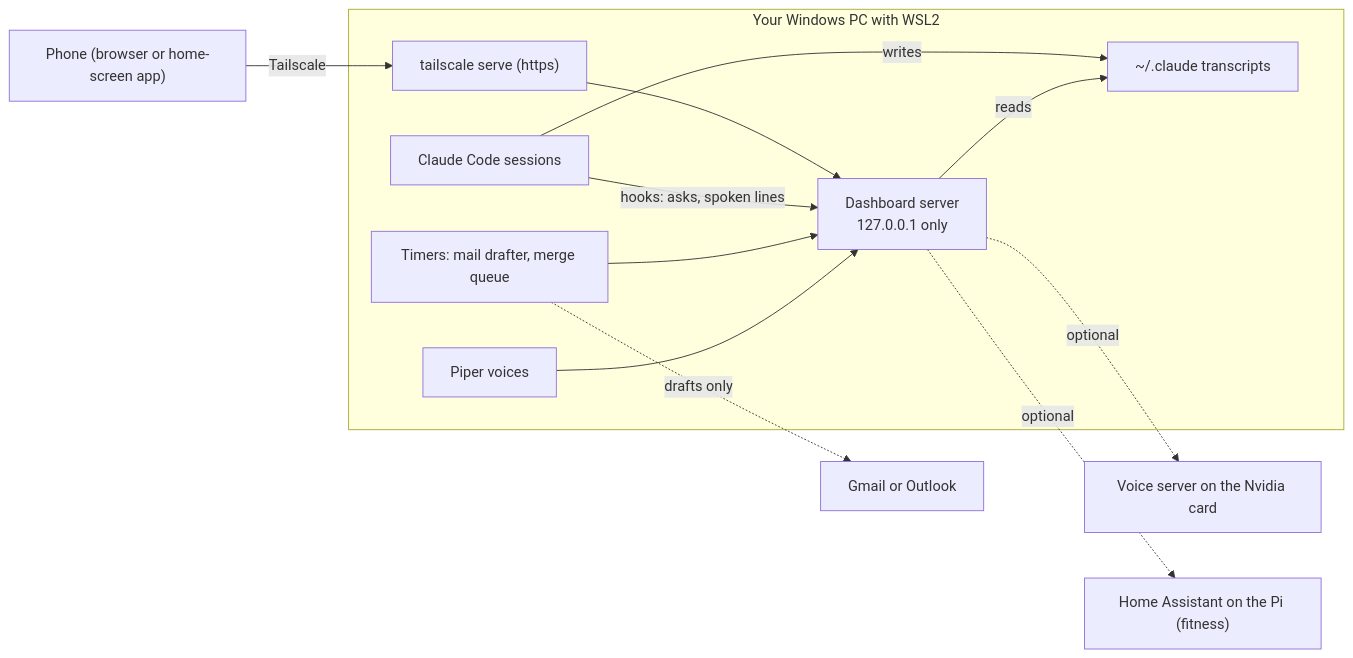
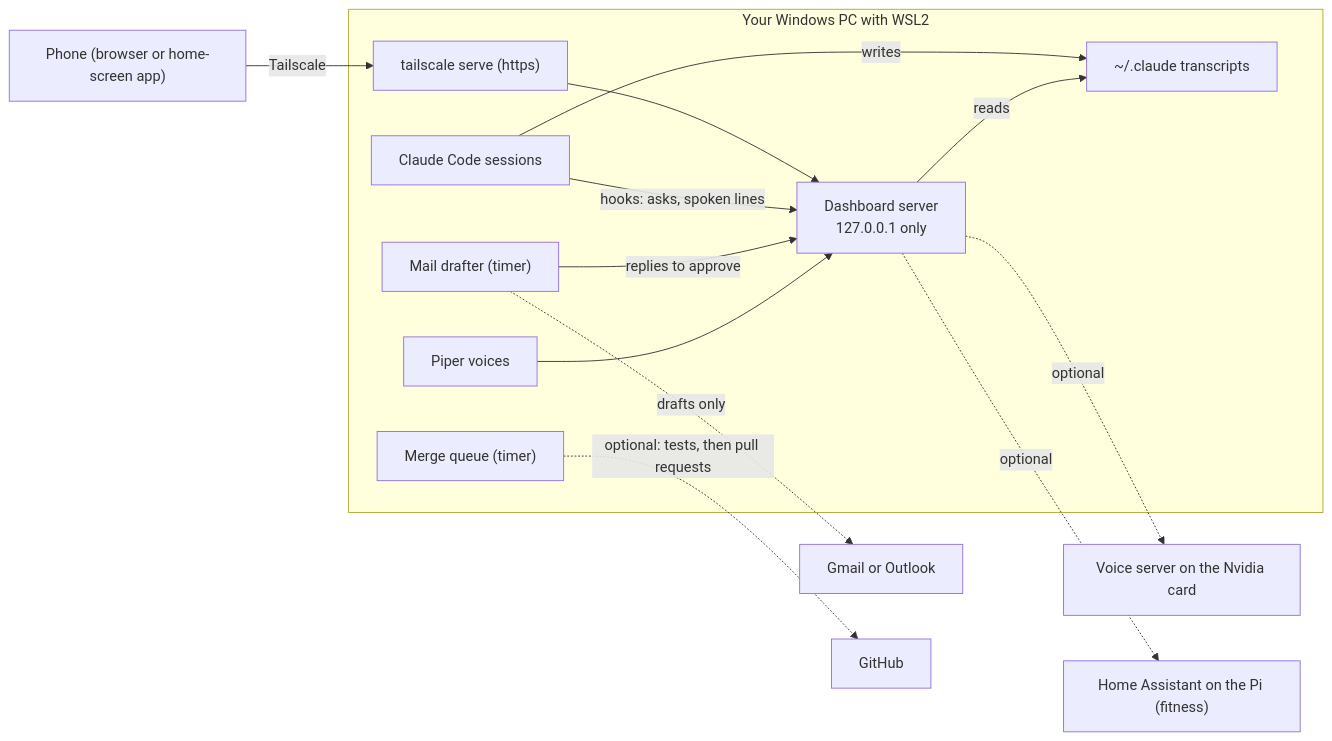
The diagram in README.md (trivgar/agent-companion), drawn with Mermaid before and after one commit. The commit also changed other lines of this file and 3 other files, not shown here.

````diff
--- a/README.md
+++ b/README.md
@@ -145,15 +155,17 @@
 ```mermaid
 flowchart LR
   phone["Phone (browser or home-screen app)"] -->|Tailscale| ts["tailscale serve (https)"]
   subgraph pc["Your Windows PC with WSL2"]
     ts --> server["Dashboard server<br/>127.0.0.1 only"]
     cc["Claude Code sessions"] -->|hooks: asks, spoken lines| server
     cc -->|writes| files["~/.claude transcripts"]
     server -->|reads| files
-    timers["Timers: mail drafter, merge queue"] --> server
+    drafter["Mail drafter (timer)"] -->|replies to approve| server
+    mq["Merge queue (timer)"]
     piper["Piper voices"] --> server
   end
   server -.->|optional| voice["Voice server on the Nvidia card"]
   server -.->|optional| ha["Home Assistant on the Pi (fitness)"]
-  timers -.->|drafts only| mail["Gmail or Outlook"]
+  drafter -.->|drafts only| mail["Gmail or Outlook"]
+  mq -.->|optional: tests, then pull requests| gh["GitHub"]
 ```
````
